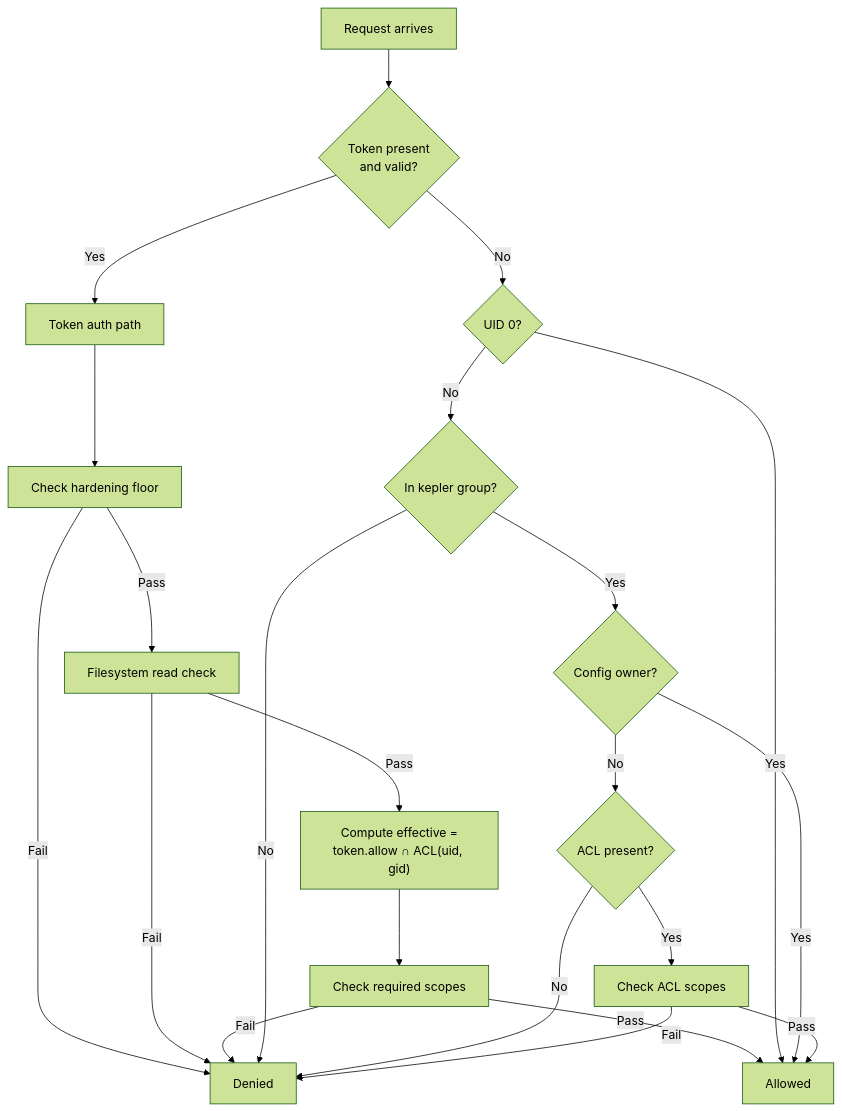
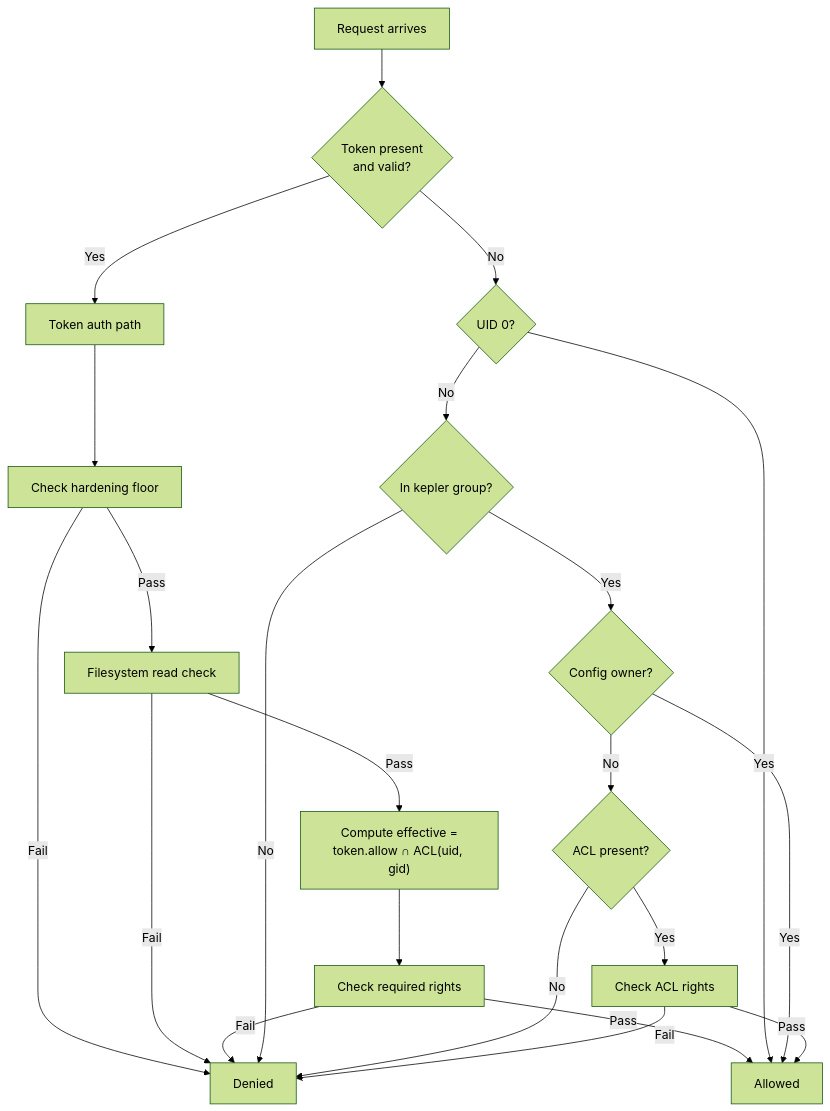
One commit to maleus-ai/kepler changed the tenth of 10 diagrams in docs/architecture.md. Above: the diagram before and after it, drawn with Mermaid (forest theme). The commit also changed other lines of this file and 63 other files, not shown here.

````diff
--- a/docs/architecture.md
+++ b/docs/architecture.md
@@ -750,25 +746,25 @@
 ```mermaid
 flowchart TD
     A[Request arrives] --> B{Token present<br/>and valid?}
     B -- Yes --> T[Token auth path]
     T --> T1[Check hardening floor]
     T1 -- Fail --> DENY[Denied]
     T1 -- Pass --> T2[Filesystem read check]
     T2 -- Fail --> DENY
     T2 -- Pass --> T3["Compute effective =<br/>token.allow ∩ ACL(uid, gid)"]
-    T3 --> T4[Check required scopes]
+    T3 --> T4[Check required rights]
     T4 -- Fail --> DENY
     T4 -- Pass --> ALLOW[Allowed]
 
     B -- No --> C{UID 0?}
     C -- Yes --> ALLOW
     C -- No --> D{In kepler group?}
     D -- No --> DENY
     D -- Yes --> E{Config owner?}
     E -- Yes --> ALLOW
     E -- No --> F{ACL present?}
     F -- No --> DENY
-    F -- Yes --> G[Check ACL scopes]
+    F -- Yes --> G[Check ACL rights]
     G -- Fail --> DENY
     G -- Pass --> ALLOW
 ```
````
